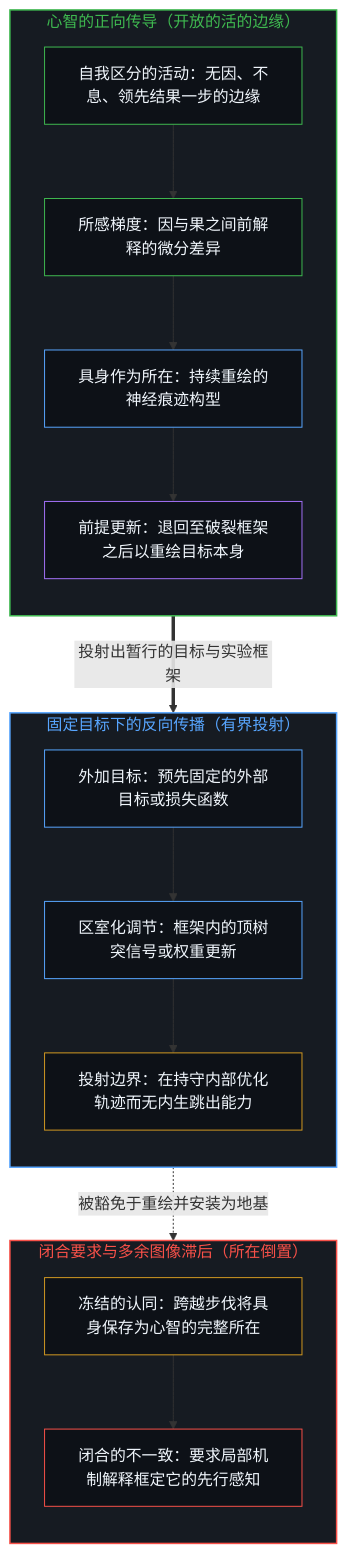
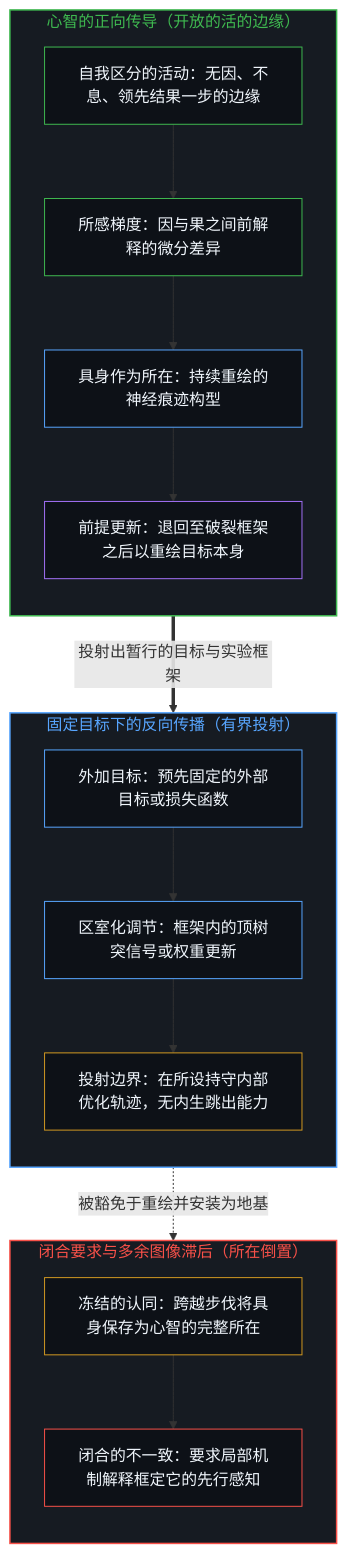
Before and after one commit to powerpig99/not-a-toe: the first of 2 diagrams in content/posts/the-brain-does-not-backprop.md, drawn with Mermaid. The commit also changed other lines of this file and 17 other files, not shown here.

````diff
--- a/content/posts/the-brain-does-not-backprop.md
+++ b/content/posts/the-brain-does-not-backprop.md
@@ -37,42 +37,42 @@
 ```mermaid
 flowchart TD
     subgraph S_Mind["心智的正向传导（开放的活的边缘）"]
         direction TB
         M_Edge["自我区分的活动：无因、不息、领先结果一步的边缘"]
         M_Grad["所感梯度：因与果之间前解释的微分差异"]
         M_Body["具身作为所在：持续重绘的神经痕迹构型"]
         M_ReRender["前提更新：退回至破裂框架之后以重绘目标本身"]
         M_Edge --> M_Grad --> M_Body --> M_ReRender
     end
 
     subgraph S_Proj["固定目标下的反向传播（有界投射）"]
         direction TB
         P_Hold["外加目标：预先固定的外部目标或损失函数"]
         P_Pass["区室化调节：框架内的顶树突信号或权重更新"]
-        P_Limit["投射边界：在持守内部优化轨迹而无内生跳出能力"]
+        P_Limit["投射边界：在所设持守内部优化轨迹，无内生跳出能力"]
         P_Hold --> P_Pass --> P_Limit
     end
 
     subgraph S_Lag["闭合要求与多余图像滞后（所在倒置）"]
         direction TB
         L_Freeze["冻结的认同：跨越步伐将具身保存为心智的完整所在"]
         L_Incons["闭合的不一致：要求局部机制解释框定它的先行感知"]
         L_Freeze --> L_Incons
     end
 
     M_ReRender ==>|"投射出暂行的目标与实验框架"| P_Hold
     P_Limit -.->|"被豁免于重绘并安装为地基"| L_Freeze
 
     style S_Mind fill:#161b22,stroke:#3fb950,stroke-width:1.5px,color:#3fb950
     style S_Proj fill:#161b22,stroke:#58a6ff,stroke-width:1.5px,color:#58a6ff
     style S_Lag fill:#161b22,stroke:#f85149,stroke-width:1.5px,color:#f85149
     style M_Edge fill:#0d1117,stroke:#3fb950,stroke-width:1px,color:#f0f6fc
     style M_Grad fill:#0d1117,stroke:#3fb950,stroke-width:1px,color:#f0f6fc
     style M_Body fill:#0d1117,stroke:#58a6ff,stroke-width:1px,color:#f0f6fc
     style M_ReRender fill:#0d1117,stroke:#a371f7,stroke-width:1px,color:#f0f6fc
     style P_Hold fill:#0d1117,stroke:#58a6ff,stroke-width:1px,color:#f0f6fc
     style P_Pass fill:#0d1117,stroke:#58a6ff,stroke-width:1px,color:#f0f6fc
     style P_Limit fill:#0d1117,stroke:#d29922,stroke-width:1px,color:#f0f6fc
     style L_Freeze fill:#0d1117,stroke:#d29922,stroke-width:1px,color:#f0f6fc
     style L_Incons fill:#0d1117,stroke:#f85149,stroke-width:1px,color:#f0f6fc
 ```
````
